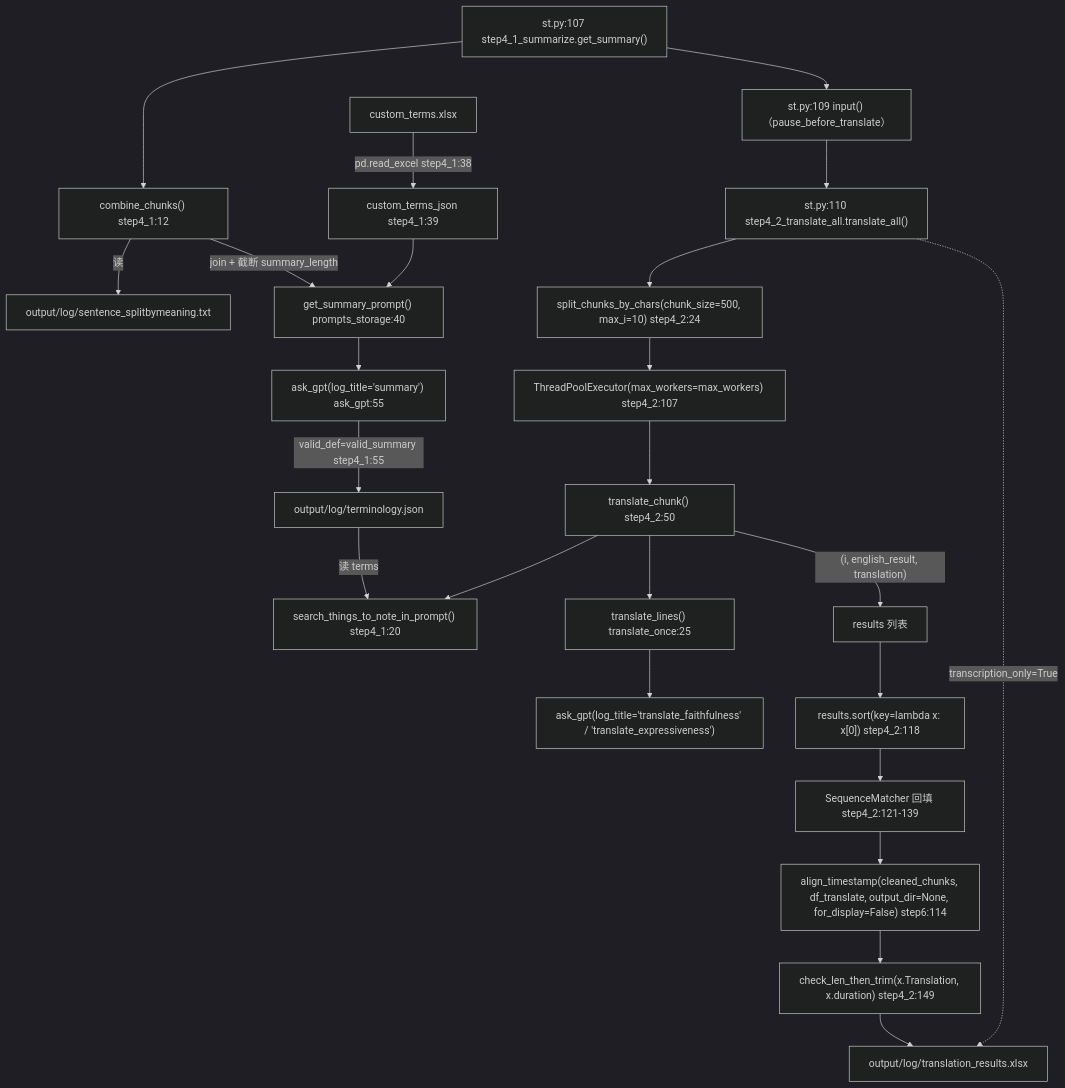
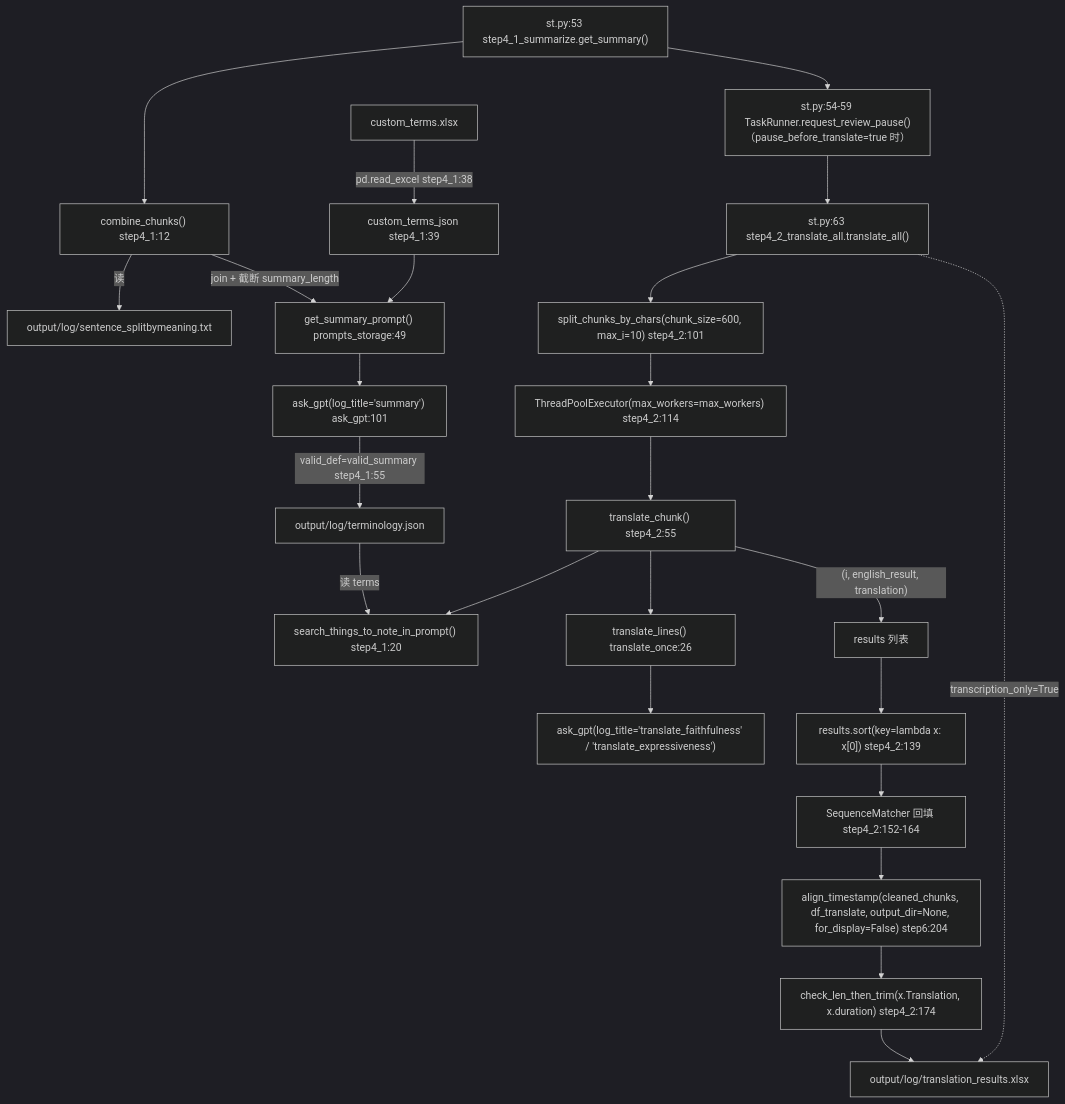
One commit to Brzjomo/VideoLingoMove changed the diagram in devdocs/02-pipeline/04-术语总结与翻译.md. Above: the diagram before and after it, drawn with Mermaid (dark theme). The commit also changed other lines of this file and 30 other files, not shown here.

````diff
--- a/devdocs/02-pipeline/04-术语总结与翻译.md
+++ b/devdocs/02-pipeline/04-术语总结与翻译.md
@@ -45,28 +45,28 @@
 ```mermaid
 flowchart TD
-    ST["st.py:107 step4_1_summarize.get_summary()"] --> CC["combine_chunks() step4_1:12"]
-    ST --> PAUSE["st.py:109 input() （pause_before_translate）"]
-    PAUSE --> TA["st.py:110 step4_2_translate_all.translate_all()"]
+    ST["st.py:53 step4_1_summarize.get_summary()"] --> CC["combine_chunks() step4_1:12"]
+    ST --> PAUSE["st.py:54-59 TaskRunner.request_review_pause()<br/>（pause_before_translate=true 时）"]
+    PAUSE --> TA["st.py:63 step4_2_translate_all.translate_all()"]
 
     CC -->|读| TXT["output/log/sentence_splitbymeaning.txt"]
-    CC -->|join + 截断 summary_length| SP["get_summary_prompt() prompts_storage:40"]
+    CC -->|join + 截断 summary_length| SP["get_summary_prompt() prompts_storage:49"]
     XLS["custom_terms.xlsx"] -->|pd.read_excel step4_1:38| CT["custom_terms_json step4_1:39"]
     CT --> SP
-    SP --> GPT1["ask_gpt(log_title='summary') ask_gpt:55"]
+    SP --> GPT1["ask_gpt(log_title='summary') ask_gpt:101"]
     GPT1 -->|valid_def=valid_summary step4_1:55| TERM["output/log/terminology.json"]
 
-    TA --> SCB["split_chunks_by_chars(chunk_size=500, max_i=10) step4_2:24"]
-    SCB --> POOL["ThreadPoolExecutor(max_workers=max_workers) step4_2:107"]
-    POOL --> TC["translate_chunk() step4_2:50"]
+    TA --> SCB["split_chunks_by_chars(chunk_size=600, max_i=10) step4_2:101"]
+    SCB --> POOL["ThreadPoolExecutor(max_workers=max_workers) step4_2:114"]
+    POOL --> TC["translate_chunk() step4_2:55"]
     TC --> STN["search_things_to_note_in_prompt() step4_1:20"]
     TERM -->|读 terms| STN
-    TC --> TL["translate_lines() translate_once:25"]
+    TC --> TL["translate_lines() translate_once:26"]
     TL --> GPT2["ask_gpt(log_title='translate_faithfulness' / 'translate_expressiveness')"]
     TC -->|"(i, english_result, translation)"| RES["results 列表"]
-    RES --> SORT["results.sort(key=lambda x: x[0]) step4_2:118"]
-    SORT --> BF["SequenceMatcher 回填 step4_2:121-139"]
-    BF --> AT["align_timestamp(cleaned_chunks, df_translate, output_dir=None, for_display=False) step6:114"]
-    AT --> TRIM["check_len_then_trim(x.Translation, x.duration) step4_2:149"]
+    RES --> SORT["results.sort(key=lambda x: x[0]) step4_2:139"]
+    SORT --> BF["SequenceMatcher 回填 step4_2:152-164"]
+    BF --> AT["align_timestamp(cleaned_chunks, df_translate, output_dir=None, for_display=False) step6:204"]
+    AT --> TRIM["check_len_then_trim(x.Translation, x.duration) step4_2:174"]
     TRIM --> OUT1["output/log/translation_results.xlsx"]
     TA -.->|transcription_only=True| OUT1
 ```
````
